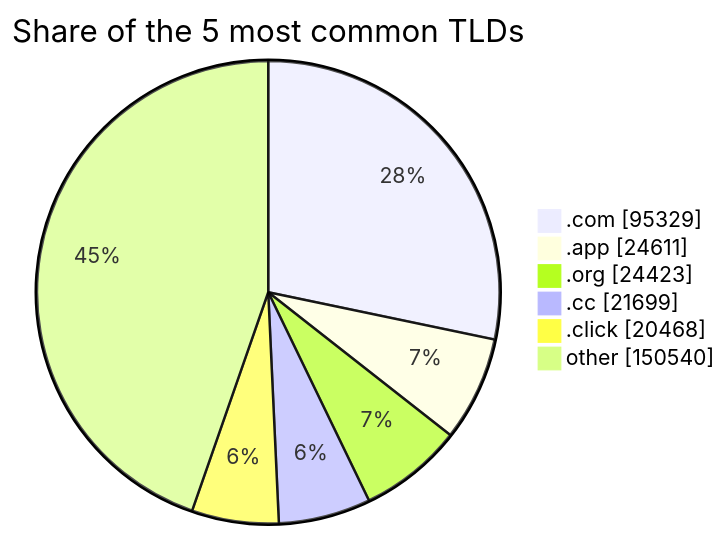
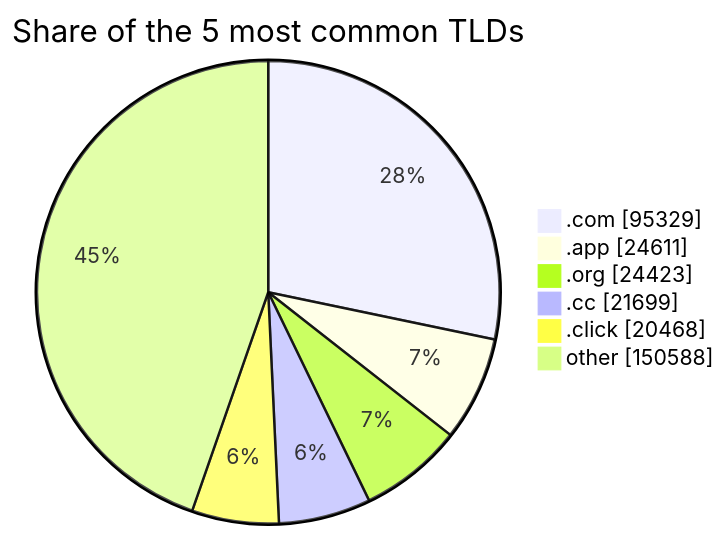
Before and after one commit to DNSBunker/CTI: the third of 3 diagrams in README.md, drawn with Mermaid. The commit also changed other lines of this file and 4 other files, not shown here.

````diff
--- a/README.md
+++ b/README.md
@@ -81,9 +81,9 @@
 ```mermaid
 pie showData title Share of the 5 most common TLDs
     ".com" : 95329
     ".app" : 24611
     ".org" : 24423
     ".cc" : 21699
     ".click" : 20468
-    "other" : 150540
+    "other" : 150588
 ```
````
